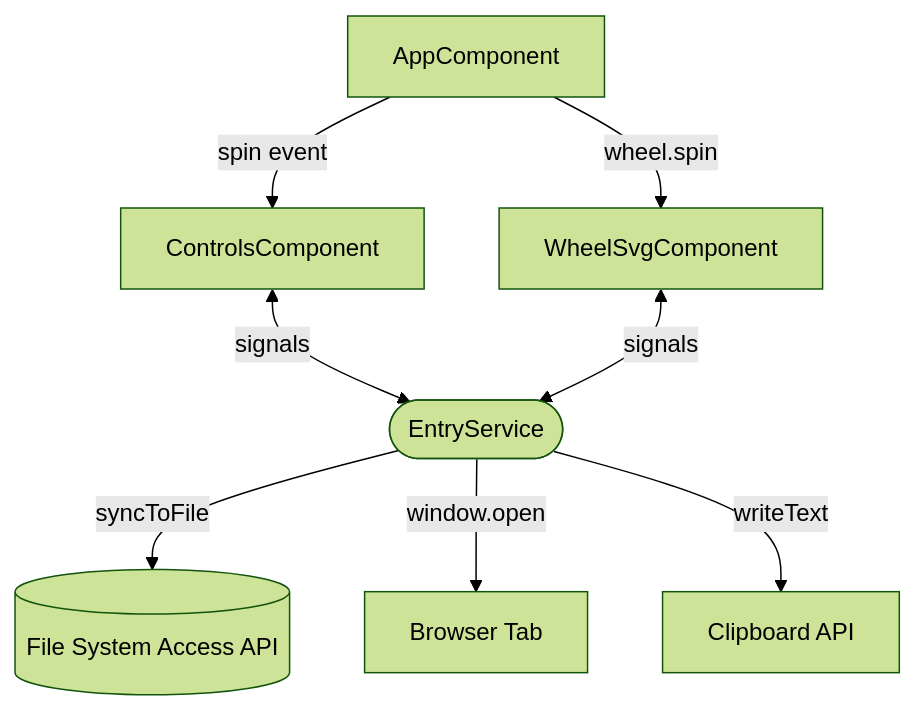
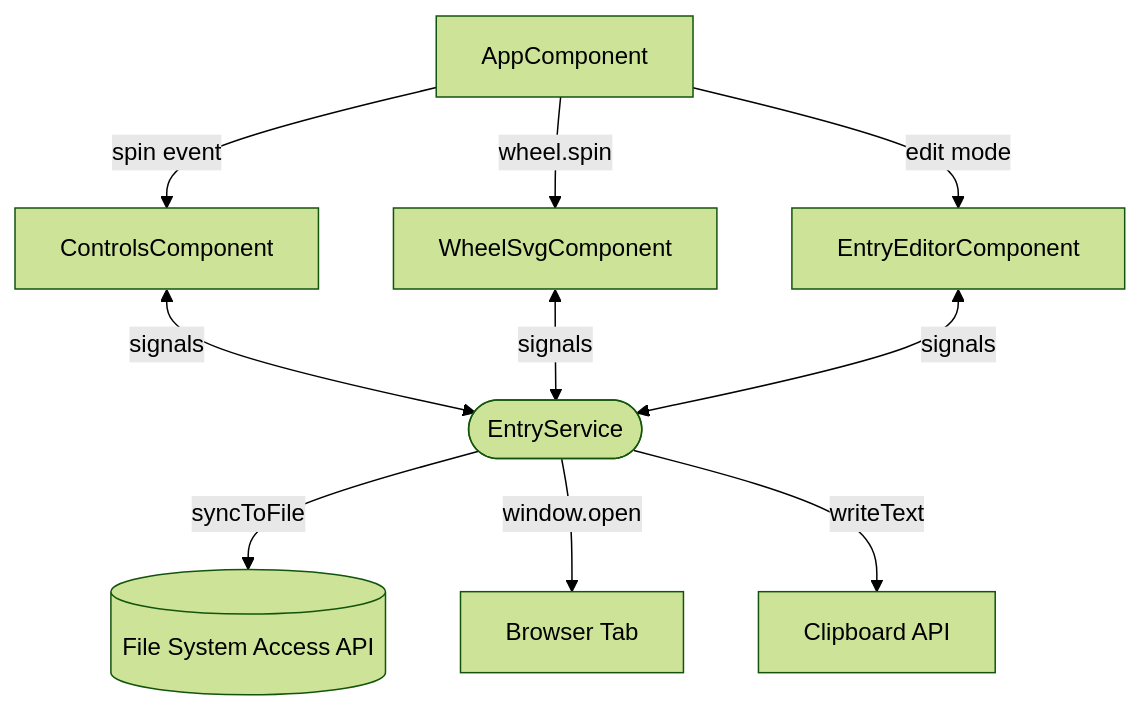
One commit to LuigiEspinosa/list-wheel changed the first of 2 diagrams in README.md. Above: the diagram before and after it, drawn with Mermaid (forest theme). The commit also changed other lines of this file and 2 other files, not shown here.

Commit message:
docs: [2026-04-14] v2

````diff
--- a/README.md
+++ b/README.md
@@ -22,11 +23,13 @@
 ```mermaid
 graph TD
     A[AppComponent]
     A -->|spin event| B[ControlsComponent]
     A -->|wheel.spin| C[WheelSvgComponent]
+    A -->|edit mode| H[EntryEditorComponent]
     B <-->|signals| D([EntryService])
     C <-->|signals| D
+    H <-->|signals| D
     D -->|syncToFile| E[(File System Access API)]
     D -->|window.open| F[Browser Tab]
     D -->|writeText| G[Clipboard API]
 ```
````
